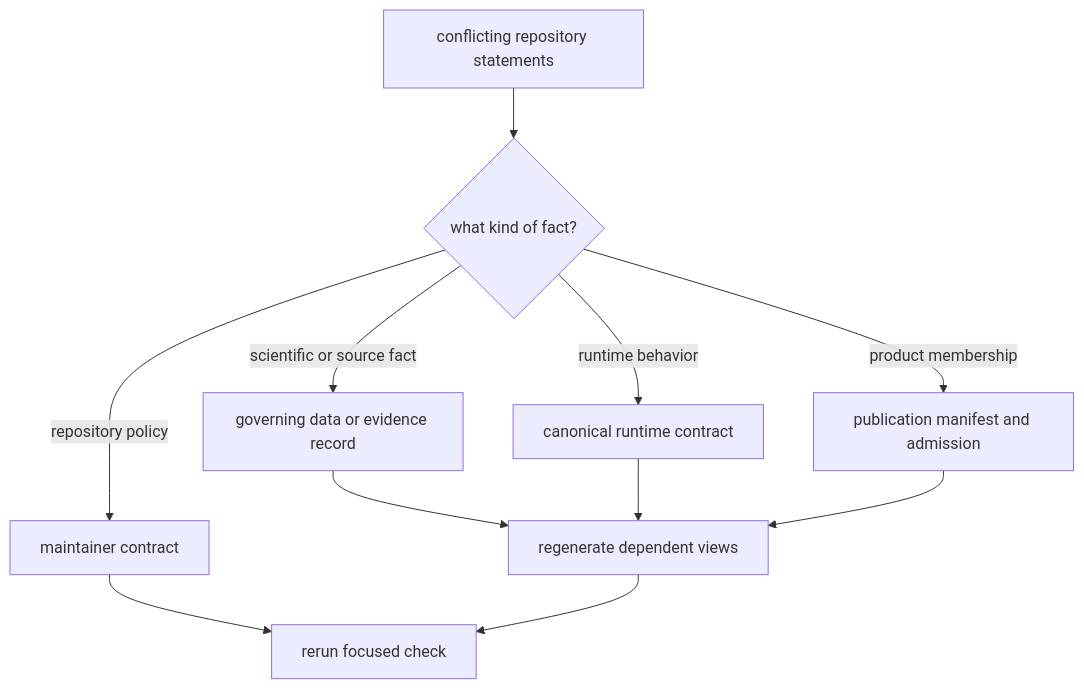
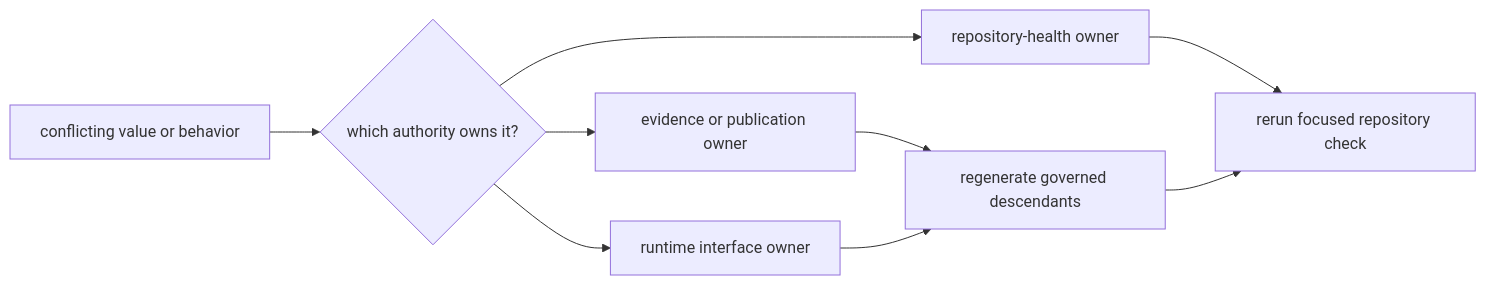
Before and after one commit to bijux/bijux-pollenomics: the first of 2 diagrams in docs/internal/index.md, drawn with Mermaid. The commit also changed other lines of this file and 3 other files, not shown here.

Commit message:
docs(maintainers): separate product and repository authority

````diff
--- a/docs/internal/index.md
+++ b/docs/internal/index.md
@@ -69,13 +69,11 @@
 ```mermaid
-flowchart TD
-    Drift["conflicting repository statements"] --> Kind{"what kind of fact?"}
-    Kind -->|scientific or source fact| Data["governing data or evidence record"]
-    Kind -->|runtime behavior| Runtime["canonical runtime contract"]
-    Kind -->|product membership| Manifest["publication manifest and admission"]
-    Kind -->|repository policy| Maintainer["maintainer contract"]
-    Data --> Regenerate["regenerate dependent views"]
-    Runtime --> Regenerate
-    Manifest --> Regenerate
-    Maintainer --> Verify["rerun focused check"]
-    Regenerate --> Verify
+flowchart LR
+    Observation["conflicting value or behavior"] --> Classify{"which authority owns it?"}
+    Classify --> Data["evidence or publication owner"]
+    Classify --> Runtime["runtime interface owner"]
+    Classify --> Repository["repository-health owner"]
+    Data --> Descendants["regenerate governed descendants"]
+    Runtime --> Descendants
+    Repository --> Focused["rerun focused repository check"]
+    Descendants --> Focused
 ```
````
